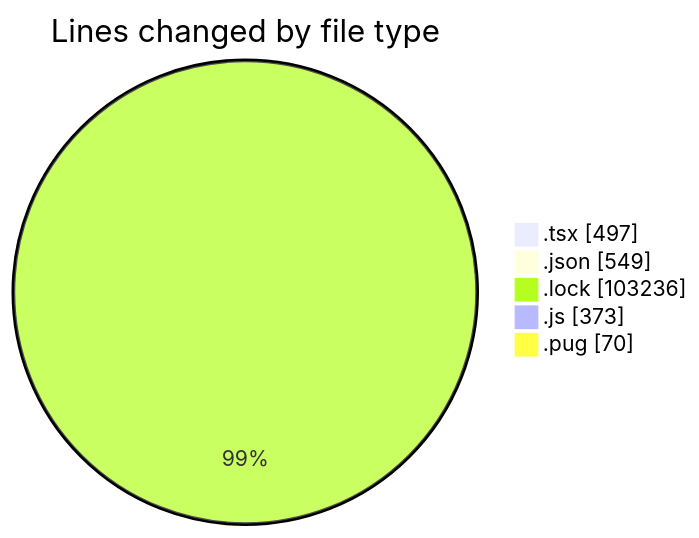
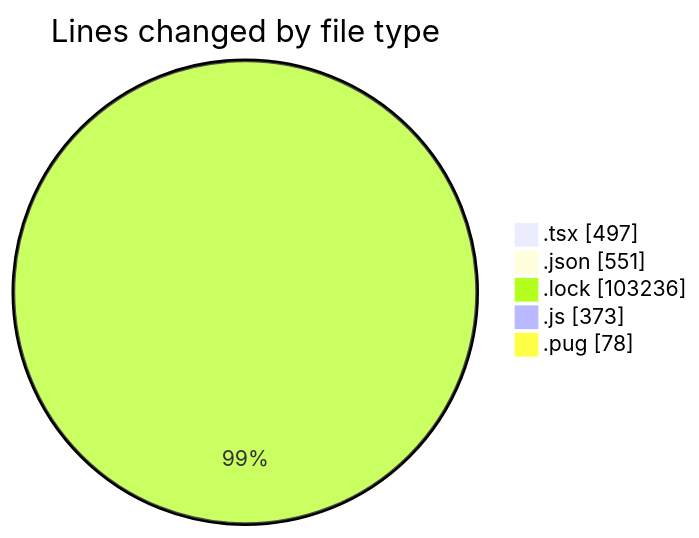
Before and after one commit to momahboobian/code-tracking: the first of 2 diagrams in 2025-03-10/cda/README.md, drawn with Mermaid. The commit also changed other lines of this file and 1 other file, not shown here.

````diff
--- a/2025-03-10/cda/README.md
+++ b/2025-03-10/cda/README.md
@@ -45,9 +45,9 @@
 ```mermaid
 pie showData
 title Lines changed by file type
 ".tsx" : 497
-".json" : 549
+".json" : 551
 ".lock" : 103236
 ".js" : 373
-".pug" : 70
+".pug" : 78
 ```
````
